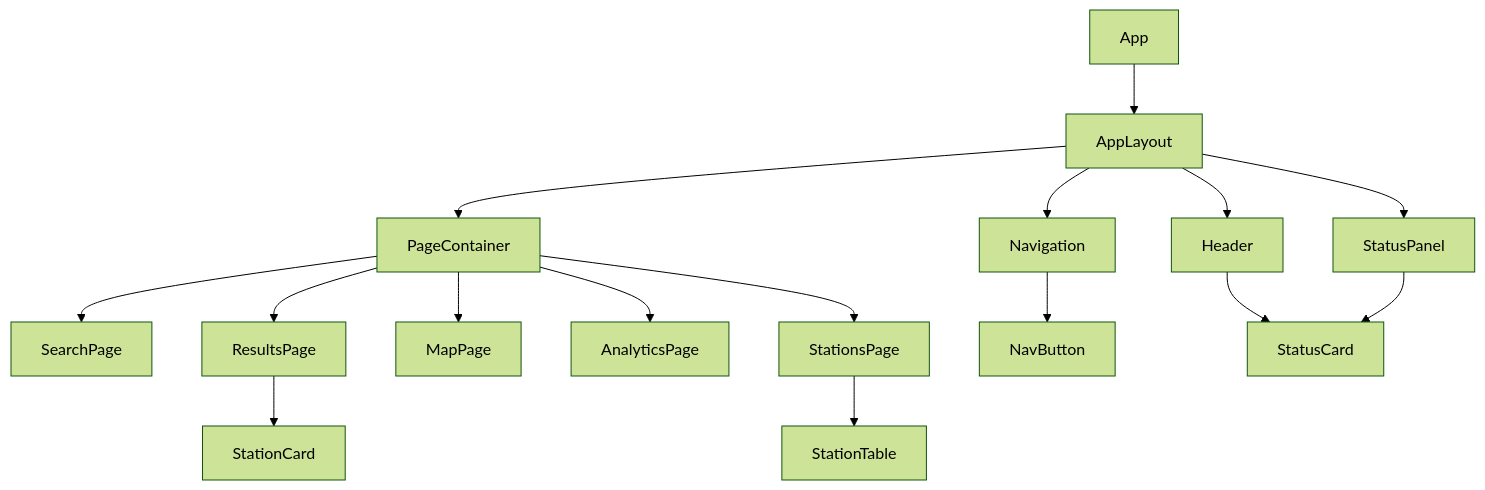
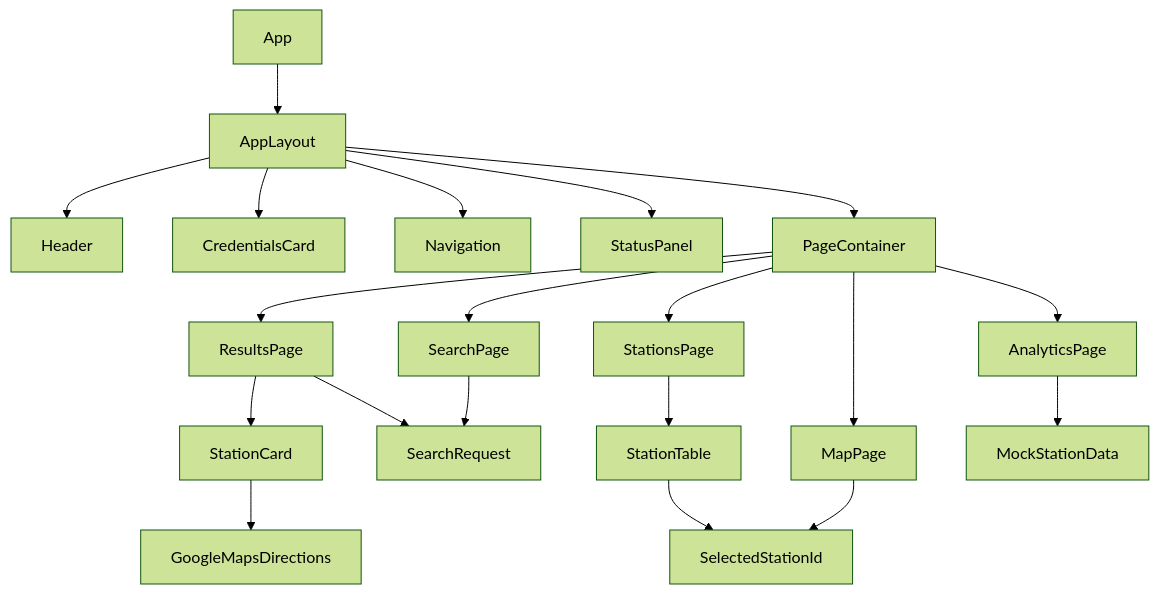
One commit to Arthemisto/FuelFinder changed the first of 2 diagrams in PROJECT_STRUCTURE.md. Above: the diagram before and after it, drawn with Mermaid (forest theme). The commit also changed other lines of this file and 1 other file, not shown here.

Commit message:
Document frontend MVP flow

````diff
--- a/PROJECT_STRUCTURE.md
+++ b/PROJECT_STRUCTURE.md
@@ -257,20 +371,25 @@
 ```mermaid
 flowchart TD
   App --> AppLayout
   AppLayout --> Header
+  AppLayout --> CredentialsCard
   AppLayout --> Navigation
   AppLayout --> StatusPanel
   AppLayout --> PageContainer
 
   PageContainer --> SearchPage
   PageContainer --> ResultsPage
   PageContainer --> MapPage
   PageContainer --> AnalyticsPage
   PageContainer --> StationsPage
 
-  Navigation --> NavButton
+  SearchPage --> SearchRequest
   ResultsPage --> StationCard
+  ResultsPage --> SearchRequest
+  MapPage --> SelectedStationId
   StationsPage --> StationTable
-  Header --> StatusCard
-  StatusPanel --> StatusCard
+  AnalyticsPage --> MockStationData
+
+  StationCard --> GoogleMapsDirections
+  StationTable --> SelectedStationId
 ```
````
